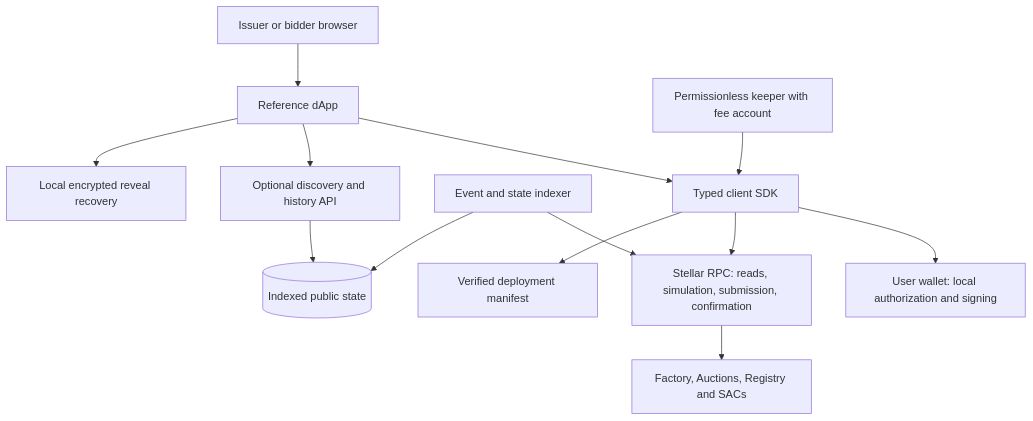
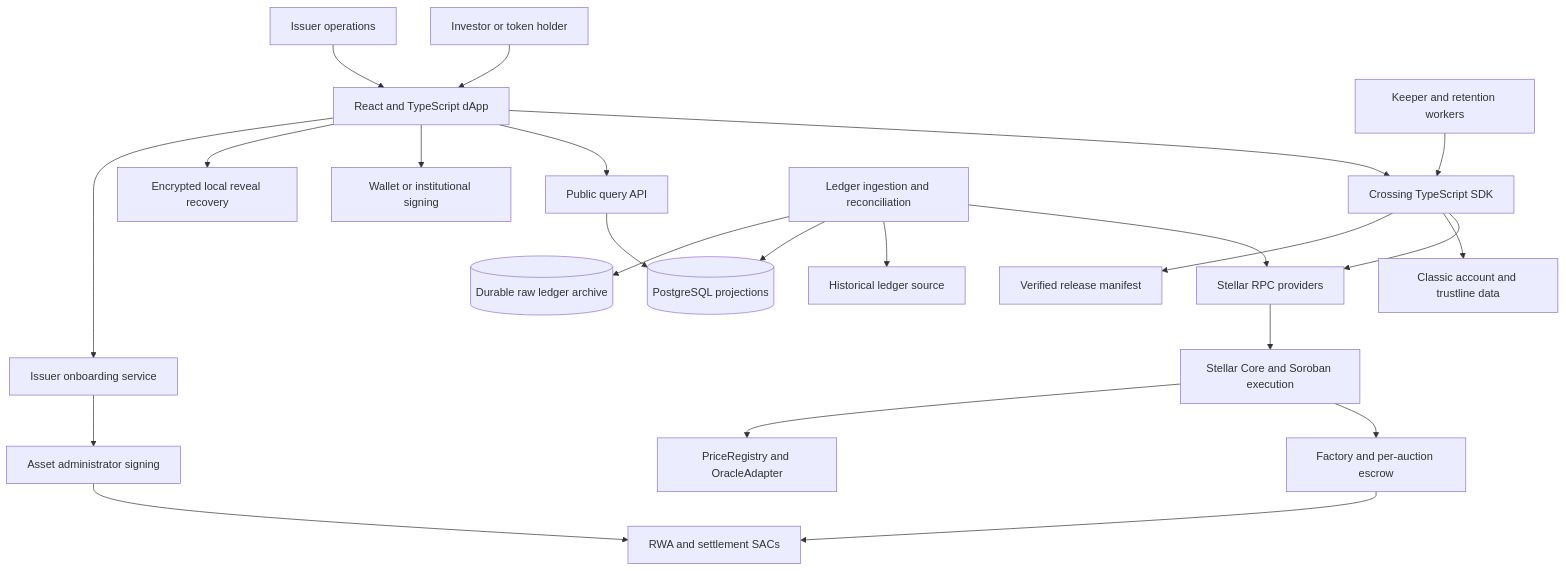
One commit to crossing-finance-org/crossing changed the third of 4 diagrams in ARCHITECTURE.md. Above: the diagram before and after it, drawn with Mermaid. The commit also changed other lines of this file and 15 other files, not shown here.

Commit message:
Document full production architecture and maintenance requirements

````diff
--- a/ARCHITECTURE.md
+++ b/ARCHITECTURE.md
@@ -878,15 +922,25 @@
 ```mermaid
 flowchart TB
-    U[Issuer or bidder browser] --> UI[Reference dApp]
-    UI --> SDK[Typed client SDK]
-    SDK --> W[User wallet: local authorization and signing]
-    SDK --> RPC[Stellar RPC: reads, simulation, submission, confirmation]
-    RPC --> C[Factory, Auctions, Registry and SACs]
-    UI --> API[Optional discovery and history API]
-    API --> DB[(Indexed public state)]
-    IDX[Event and state indexer] --> RPC
-    IDX --> DB
-    KEEP[Permissionless keeper with fee account] --> SDK
-    SDK --> M[Verified deployment manifest]
-    UI --> SEC[Local encrypted reveal recovery]
+    INVESTOR[Investor or token holder] --> WEB[React and TypeScript dApp]
+    ISSUER[Issuer operations] --> WEB
+    WEB --> SDK[Crossing TypeScript SDK]
+    WEB --> API[Public query API]
+    WEB --> WALLET[Wallet or institutional signing]
+    WEB --> RECOVERY[Encrypted local reveal recovery]
+    SDK --> RPC[Stellar RPC providers]
+    SDK --> CLASSIC[Classic account and trustline data]
+    SDK --> MANIFEST[Verified release manifest]
+    RPC --> NETWORK[Stellar Core and Soroban execution]
+    NETWORK --> CONTRACTS[Factory and per-auction escrow]
+    CONTRACTS --> SAC[RWA and settlement SACs]
+    NETWORK --> REGISTRY[PriceRegistry and OracleAdapter]
+    INGEST[Ledger ingestion and reconciliation] --> RPC
+    INGEST --> ARCHIVE[Historical ledger source]
+    INGEST --> DB[(PostgreSQL projections)]
+    INGEST --> RAW[(Durable raw ledger archive)]
+    API --> DB
+    KEEPER[Keeper and retention workers] --> SDK
+    ONBOARD[Issuer onboarding service] --> ADMIN[Asset administrator signing]
+    ADMIN --> SAC
+    WEB --> ONBOARD
 ```
````
